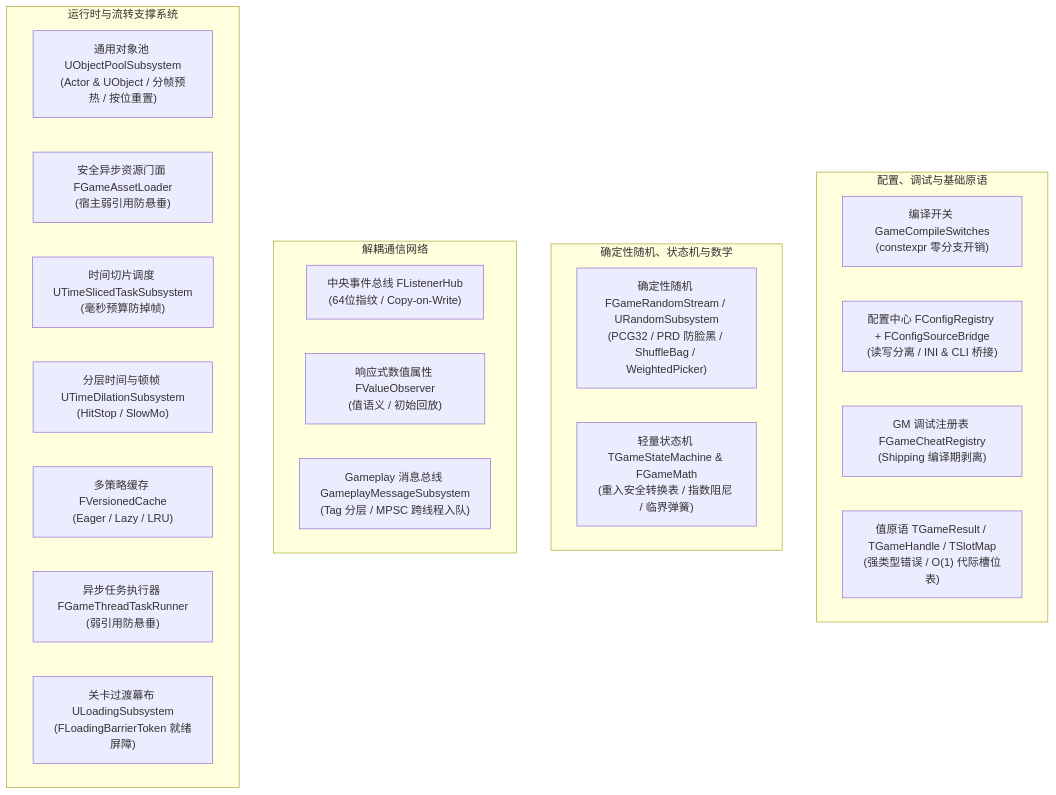
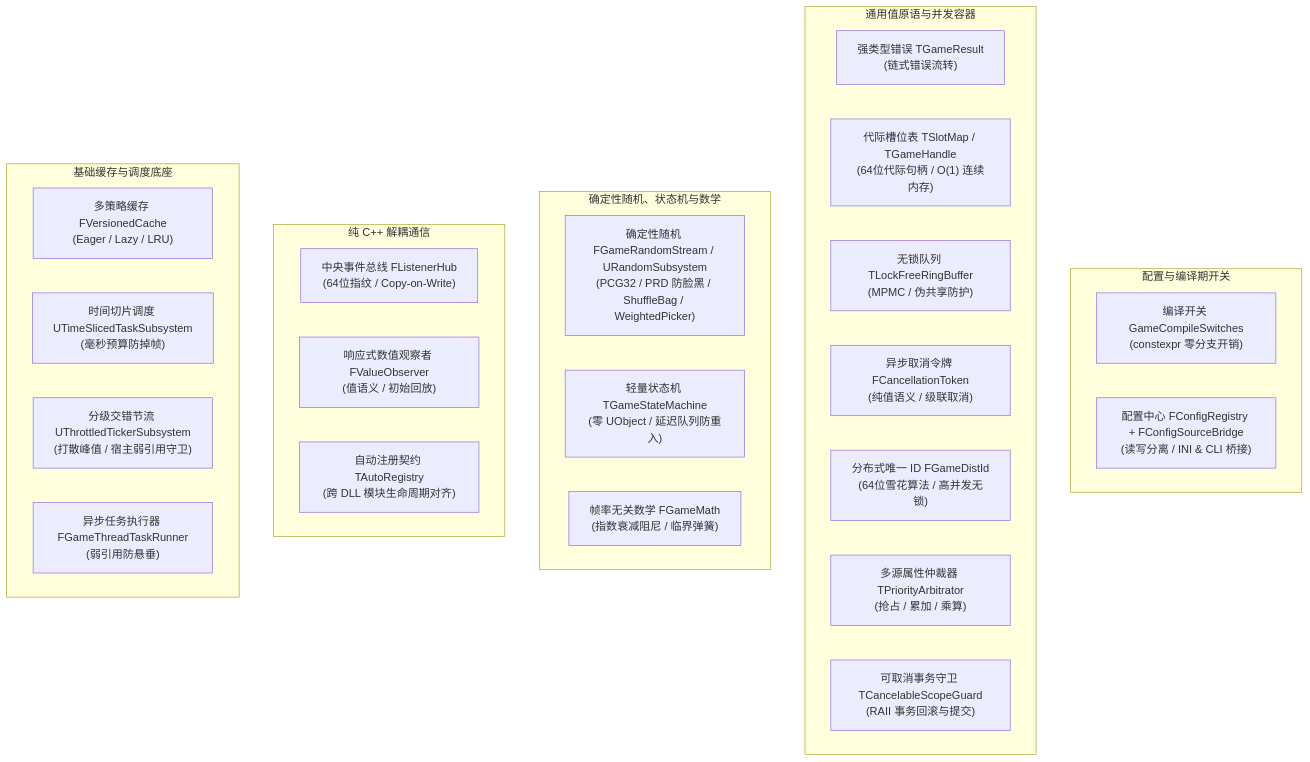
The diagram in Plugins/GameCore/README.md (YIice-cwj/ue5-toolkit), drawn with Mermaid before and after one commit. The commit also changed other lines of this file and 364 other files, not shown here.

````diff
--- a/Plugins/GameCore/README.md
+++ b/Plugins/GameCore/README.md
@@ -9,30 +9,36 @@
 ```mermaid
 graph TD
-    subgraph Config["配置、调试与基础原语"]
+    subgraph Config["配置与编译期开关"]
         Switches["编译开关 GameCompileSwitches<br>(constexpr 零分支开销)"]
         ConfigReg["配置中心 FConfigRegistry + FConfigSourceBridge<br>(读写分离 / INI & CLI 桥接)"]
-        CheatReg["GM 调试注册表 FGameCheatRegistry<br>(Shipping 编译期剥离)"]
-        Types["值原语 TGameResult / TGameHandle / TSlotMap<br>(强类型错误 / O(1) 代际槽位表)"]
+    end
+
+    subgraph Primitives["通用值原语与并发容器"]
+        Results["强类型错误 TGameResult<br>(链式错误流转)"]
+        SlotMap["代际槽位表 TSlotMap / TGameHandle<br>(64位代际句柄 / O(1) 连续内存)"]
+        RingBuffer["无锁队列 TLockFreeRingBuffer<br>(MPMC / 伪共享防护)"]
+        Token["异步取消令牌 FCancellationToken<br>(纯值语义 / 级联取消)"]
+        DistId["分布式唯一 ID FGameDistId<br>(64位雪花算法 / 高并发无锁)"]
+        Arbitrator["多源属性仲裁器 TPriorityArbitrator<br>(抢占 / 累加 / 乘算)"]
+        ScopeGuard["可取消事务守卫 TCancelableScopeGuard<br>(RAII 事务回滚与提交)"]
     end
 
     subgraph Determinism["确定性随机、状态机与数学"]
         Rng["确定性随机 FGameRandomStream / URandomSubsystem<br>(PCG32 / PRD 防脸黑 / ShuffleBag / WeightedPicker)"]
-        FsmMath["轻量状态机 TGameStateMachine & FGameMath<br>(重入安全转换表 / 指数阻尼 / 临界弹簧)"]
+        FSM["轻量状态机 TGameStateMachine<br>(零 UObject / 延迟队列防重入)"]
+        Math["帧率无关数学 FGameMath<br>(指数衰减阻尼 / 临界弹簧)"]
     end
 
-    subgraph Messaging["解耦通信网络"]
+    subgraph Messaging["纯 C++ 解耦通信"]
         ListenerHub["中央事件总线 FListenerHub<br>(64位指纹 / Copy-on-Write)"]
-        ValueObs["响应式数值属性 FValueObserver<br>(值语义 / 初始回放)"]
-        GMS["Gameplay 消息总线 GameplayMessageSubsystem<br>(Tag 分层 / MPSC 跨线程入队)"]
+        ValueObs["响应式数值观察者 FValueObserver<br>(值语义 / 初始回放)"]
+        AutoReg["自动注册契约 TAutoRegistry<br>(跨 DLL 模块生命周期对齐)"]
     end
 
-    subgraph Runtime["运行时与流转支撑系统"]
-        Pool["通用对象池 UObjectPoolSubsystem<br>(Actor & UObject / 分帧预热 / 按位重置)"]
-        AssetLoader["安全异步资源门面 FGameAssetLoader<br>(宿主弱引用防悬垂)"]
+    subgraph Runtime["基础缓存与调度底座"]
+        VersionedCache["多策略缓存 FVersionedCache<br>(Eager / Lazy / LRU)"]
         TimeSlice["时间切片调度 UTimeSlicedTaskSubsystem<br>(毫秒预算防掉帧)"]
-        TimeDilation["分层时间与顿帧 UTimeDilationSubsystem<br>(HitStop / SlowMo)"]
-        VersionedCache["多策略缓存 FVersionedCache<br>(Eager / Lazy / LRU)"]
+        ThrottledTicker["分级交错节流 UThrottledTickerSubsystem<br>(打散峰值 / 宿主弱引用守卫)"]
         TaskRunner["异步任务执行器 FGameThreadTaskRunner<br>(弱引用防悬垂)"]
-        Loading["关卡过渡幕布 ULoadingSubsystem<br>(FLoadingBarrierToken 就绪屏障)"]
     end
 ```
````
